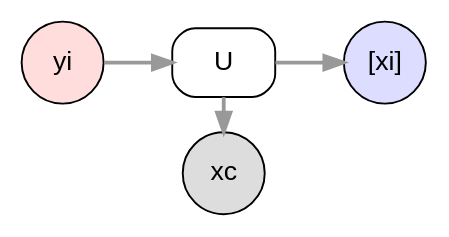
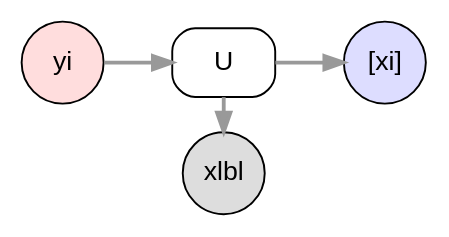
The diagram in opal/ProductsUnpack.dot (drautzburg/currychicken), drawn with Graphviz before and after one commit. The commit also changed 6 other files, not shown here.

```diff
--- a/opal/ProductsUnpack.dot
+++ b/opal/ProductsUnpack.dot
@@ -1,26 +1,26 @@
 digraph d {
 	node [fontname = "Arial"];
 	edge [fontname = "Arial", fontsize=11,color="#999999", penwidth=2, weight=1];
 
 	rankdir=LR
 	subgraph list {
 		node [shape=circle, style=filled, fillcolor="#DDDDFF", fixedsize=true, width=0.6]
 		xi [label="[xi]"]
 		}
 	subgraph nest {
 		node [shape=circle, style=filled, fillcolor="#FFDDDD", fixedsize=true, width=0.6]
 		yi
 		}		
 	subgraph others {
 		node [shape=circle, style=filled, fillcolor="#DDDDDD", fixedsize=true, width=0.6]
-		xc
+		xlbl
 		}
 	subgraph process {
 		node [shape=box, style=rounded]
 		U
 	}
-{rank=same; xc U}
+{rank=same; xlbl U}
 yi -> U
 U -> xi
-U -> xc
+U -> xlbl
 }
```
